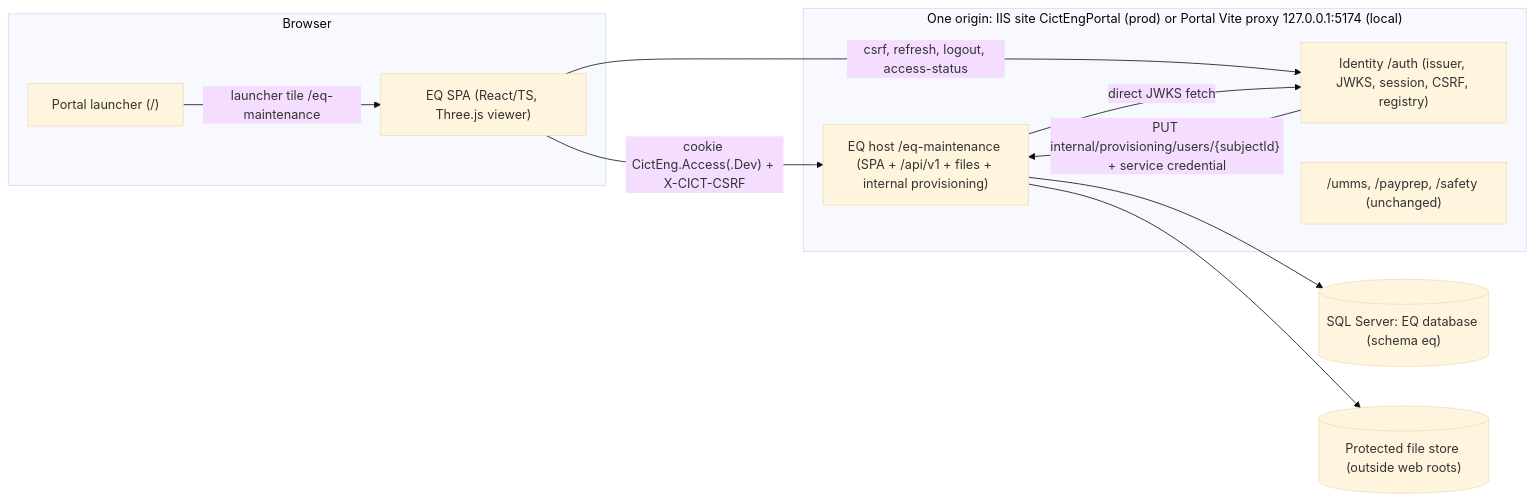
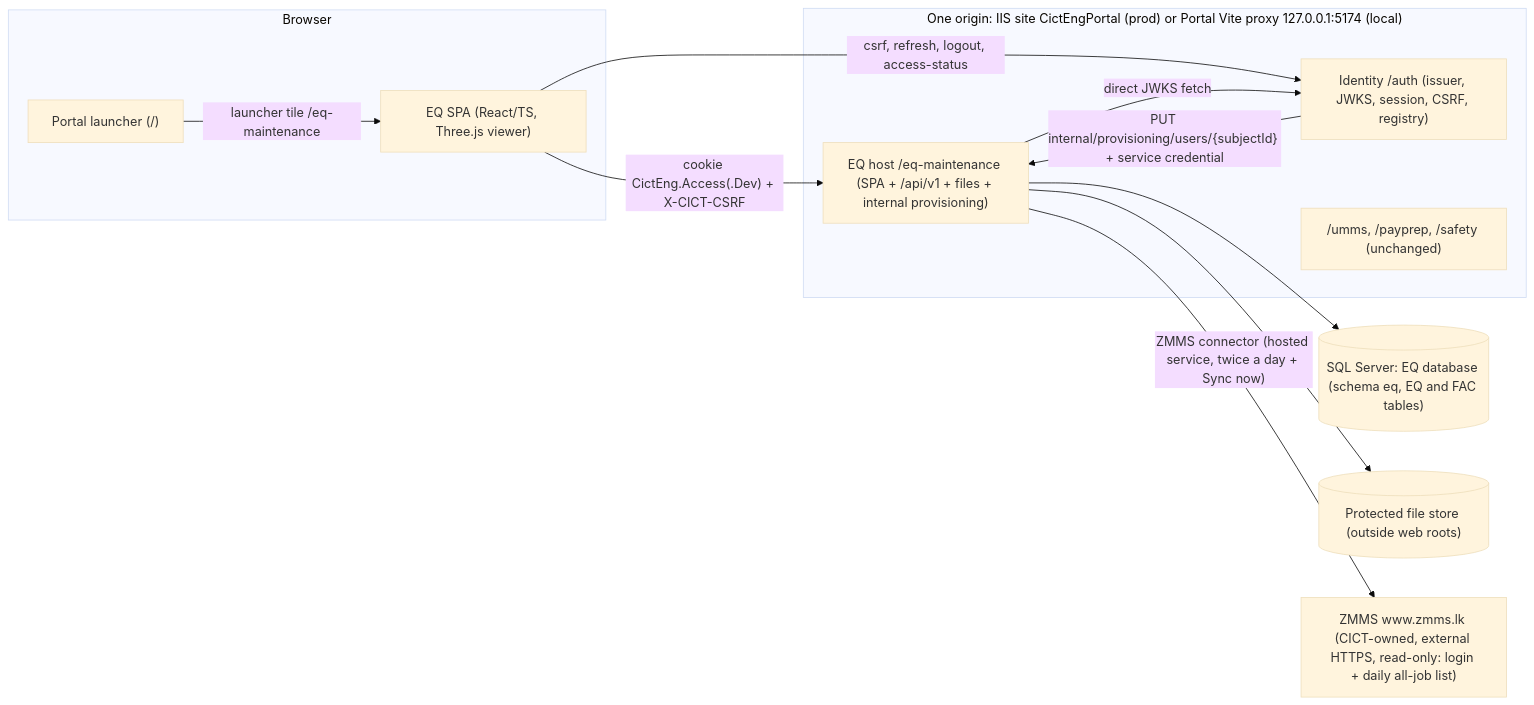
Before and after one commit to yhaggalla/EQ_MAINTENANCE: the first of 4 diagrams in docs/ARCHITECTURE.md, drawn with Mermaid (base theme). The commit also changed other lines of this file and 10 other files, not shown here.

First line of the commit message:
P01B: V2 contracts addendum (Access matrix, ZMMS, automatic status, spare parts, FAC, crane current state)

````diff
--- a/docs/ARCHITECTURE.md
+++ b/docs/ARCHITECTURE.md
@@ -18,21 +20,23 @@
 ```mermaid
 flowchart LR
   subgraph Browser
     SPA["EQ SPA (React/TS, Three.js viewer)"]
     PortalUI["Portal launcher (/)"]
   end
   subgraph SameOrigin["One origin: IIS site CictEngPortal (prod) or Portal Vite proxy 127.0.0.1:5174 (local)"]
     Identity["Identity /auth (issuer, JWKS, session, CSRF, registry)"]
     EQHost["EQ host /eq-maintenance (SPA + /api/v1 + files + internal provisioning)"]
     Others["/umms, /payprep, /safety (unchanged)"]
   end
-  EQDB[("SQL Server: EQ database (schema eq)")]
+  EQDB[("SQL Server: EQ database (schema eq, EQ and FAC tables)")]
   Store[("Protected file store (outside web roots)")]
+  ZMMS["ZMMS www.zmms.lk (CICT-owned, external HTTPS, read-only: login + daily all-job list)"]
   SPA -- "cookie CictEng.Access(.Dev) + X-CICT-CSRF" --> EQHost
   SPA -- "csrf, refresh, logout, access-status" --> Identity
   PortalUI -- "launcher tile /eq-maintenance" --> SPA
   EQHost -- "direct JWKS fetch" --> Identity
   Identity -- "PUT internal/provisioning/users/{subjectId} + service credential" --> EQHost
   EQHost --> EQDB
   EQHost --> Store
+  EQHost -- "ZMMS connector (hosted service, twice a day + Sync now)" --> ZMMS
 ```
````
